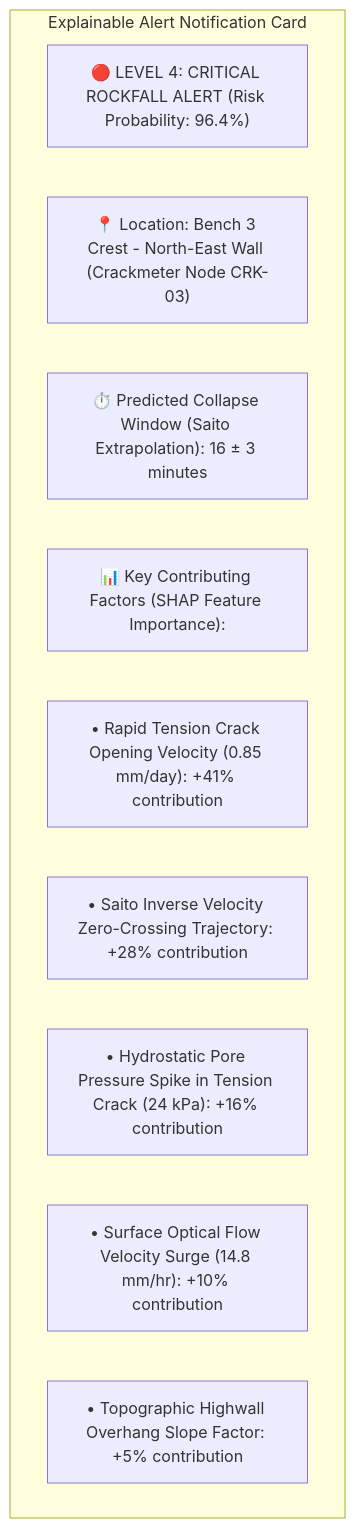
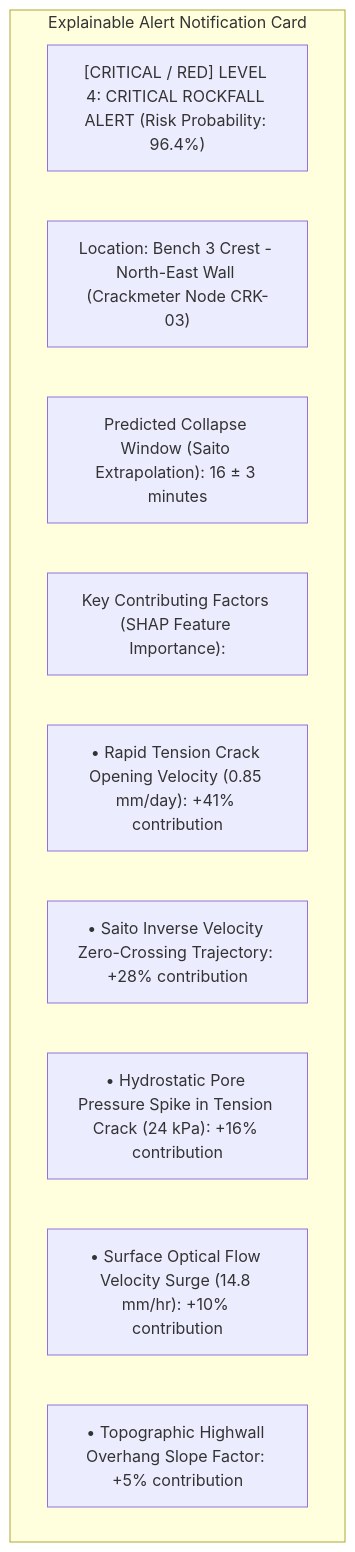
The eighth of 10 diagrams in docs/12_Crack_Joint_Meters.md (angelverman2021-a11y/Report), drawn with Mermaid before and after one commit. The commit also changed other lines of this file and 32 other files, not shown here.

````diff
--- a/docs/12_Crack_Joint_Meters.md
+++ b/docs/12_Crack_Joint_Meters.md
@@ -383,14 +383,14 @@
 ```mermaid
 graph TD
-    subgraph Explainable Alert Notification Card
-        A["🔴 LEVEL 4: CRITICAL ROCKFALL ALERT (Risk Probability: 96.4%)"]
-        B["📍 Location: Bench 3 Crest - North-East Wall (Crackmeter Node CRK-03)"]
-        C["⏱️ Predicted Collapse Window (Saito Extrapolation): 16 ± 3 minutes"]
-        D["📊 Key Contributing Factors (SHAP Feature Importance):"]
-        D1["• Rapid Tension Crack Opening Velocity (0.85 mm/day): +41% contribution"]
-        D2["• Saito Inverse Velocity Zero-Crossing Trajectory: +28% contribution"]
-        D3["• Hydrostatic Pore Pressure Spike in Tension Crack (24 kPa): +16% contribution"]
-        D4["• Surface Optical Flow Velocity Surge (14.8 mm/hr): +10% contribution"]
-        D5["• Topographic Highwall Overhang Slope Factor: +5% contribution"]
-    end
+ subgraph Explainable Alert Notification Card
+ A["[CRITICAL / RED] LEVEL 4: CRITICAL ROCKFALL ALERT (Risk Probability: 96.4%)"]
+ B[" Location: Bench 3 Crest - North-East Wall (Crackmeter Node CRK-03)"]
+ C[" Predicted Collapse Window (Saito Extrapolation): 16 ± 3 minutes"]
+ D[" Key Contributing Factors (SHAP Feature Importance):"]
+ D1["• Rapid Tension Crack Opening Velocity (0.85 mm/day): +41% contribution"]
+ D2["• Saito Inverse Velocity Zero-Crossing Trajectory: +28% contribution"]
+ D3["• Hydrostatic Pore Pressure Spike in Tension Crack (24 kPa): +16% contribution"]
+ D4["• Surface Optical Flow Velocity Surge (14.8 mm/hr): +10% contribution"]
+ D5["• Topographic Highwall Overhang Slope Factor: +5% contribution"]
+ end
 ```
````
